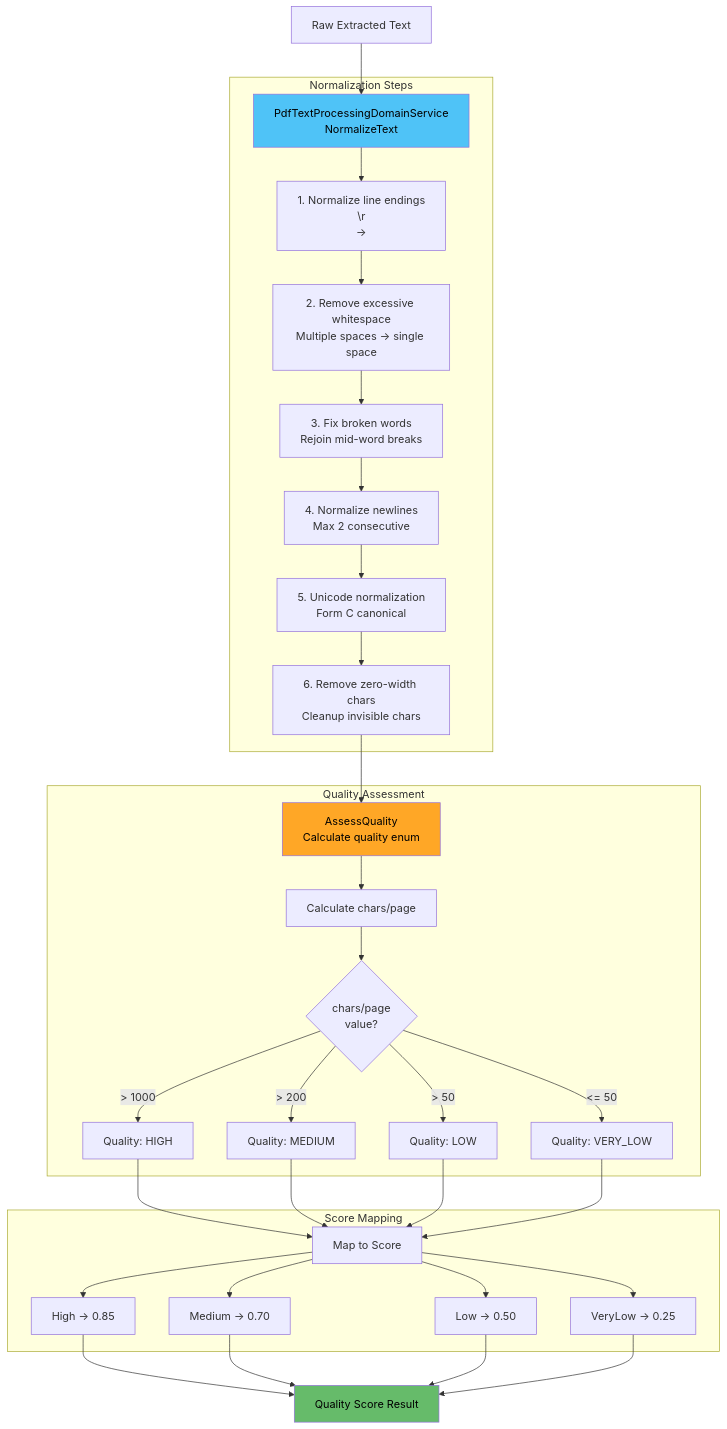
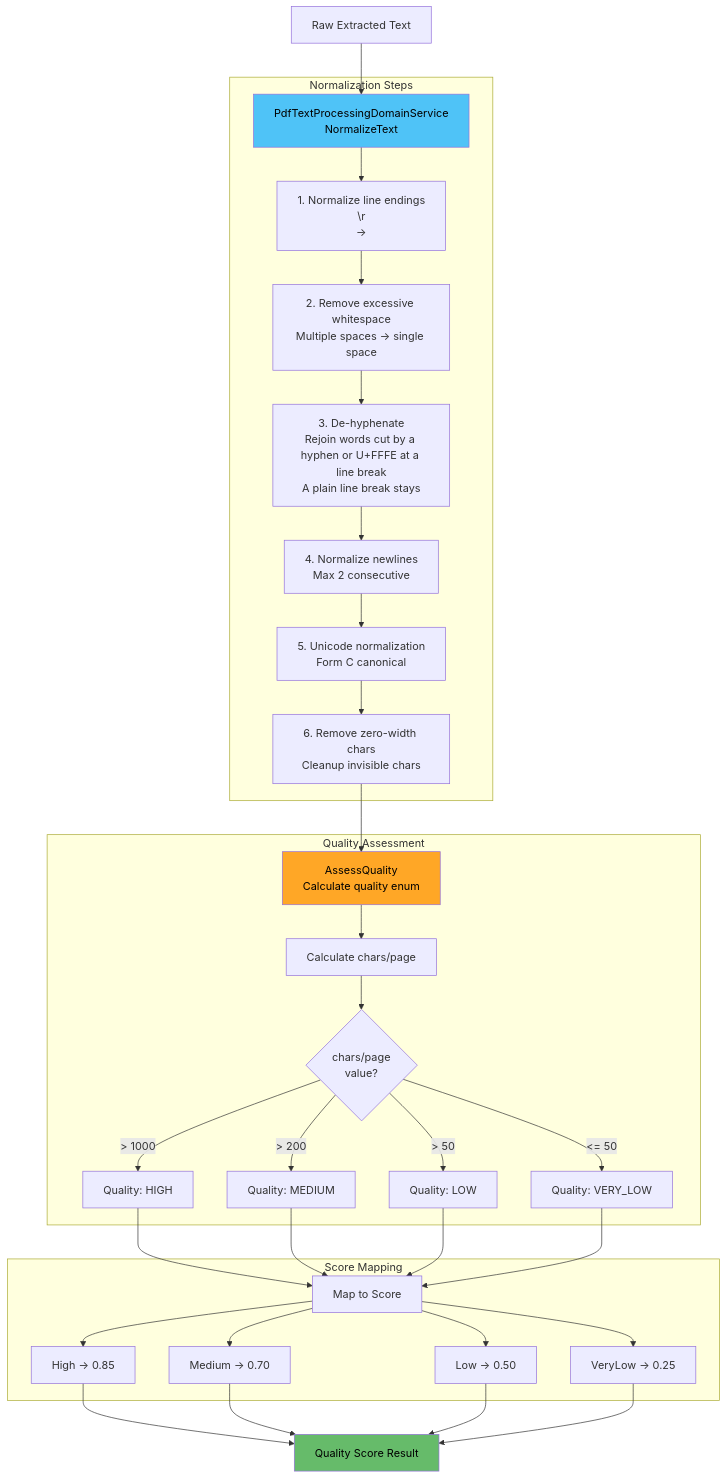
The fourth of 8 diagrams in docs/for-claude/architecture/diagrams/pdf-pipeline-detailed.md (meepleAi-app/meepleai-monorepo), drawn with Mermaid before and after one commit. The commit also changed 6 other files, not shown here.

````diff
--- a/docs/for-claude/architecture/diagrams/pdf-pipeline-detailed.md
+++ b/docs/for-claude/architecture/diagrams/pdf-pipeline-detailed.md
@@ -198,45 +198,45 @@
 ```mermaid
 flowchart TD
     Raw[Raw Extracted Text] --> Normalize[PdfTextProcessingDomainService<br/>NormalizeText]
 
     subgraph "Normalization Steps"
         Normalize --> Step1[1. Normalize line endings<br/>\r\n → \n]
         Step1 --> Step2[2. Remove excessive whitespace<br/>Multiple spaces → single space]
-        Step2 --> Step3[3. Fix broken words<br/>Rejoin mid-word breaks]
+        Step2 --> Step3[3. De-hyphenate<br/>Rejoin words cut by a hyphen or U+FFFE at a line break<br/>A plain line break stays]
         Step3 --> Step4[4. Normalize newlines<br/>Max 2 consecutive]
         Step4 --> Step5[5. Unicode normalization<br/>Form C canonical]
         Step5 --> Step6[6. Remove zero-width chars<br/>Cleanup invisible chars]
     end
 
     Step6 --> Assess[AssessQuality<br/>Calculate quality enum]
 
     subgraph "Quality Assessment"
         Assess --> CalcCPP[Calculate chars/page]
         CalcCPP --> Check{chars/page<br/>value?}
         Check -->|> 1000| QHigh[Quality: HIGH]
         Check -->|> 200| QMedium[Quality: MEDIUM]
         Check -->|> 50| QLow[Quality: LOW]
         Check -->|<= 50| QVeryLow[Quality: VERY_LOW]
     end
 
     QHigh --> Map[Map to Score]
     QMedium --> Map
     QLow --> Map
     QVeryLow --> Map
 
     subgraph "Score Mapping"
         Map --> MapH[High → 0.85]
         Map --> MapM[Medium → 0.70]
         Map --> MapL[Low → 0.50]
         Map --> MapVL[VeryLow → 0.25]
     end
 
     MapH --> Result[Quality Score Result]
     MapM --> Result
     MapL --> Result
     MapVL --> Result
 
     style Normalize fill:#4fc3f7,color:#000
     style Assess fill:#ffa726,color:#000
     style Result fill:#66bb6a,color:#000
 ```
````
